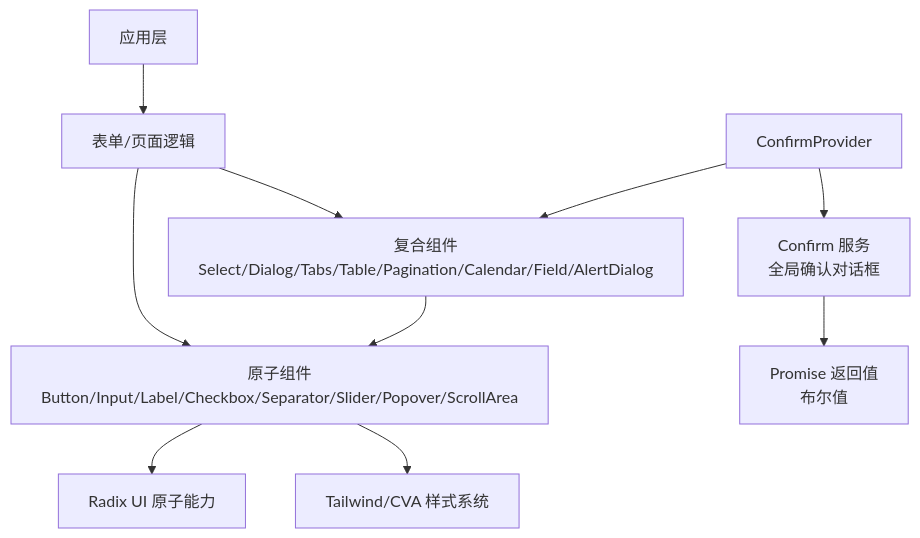
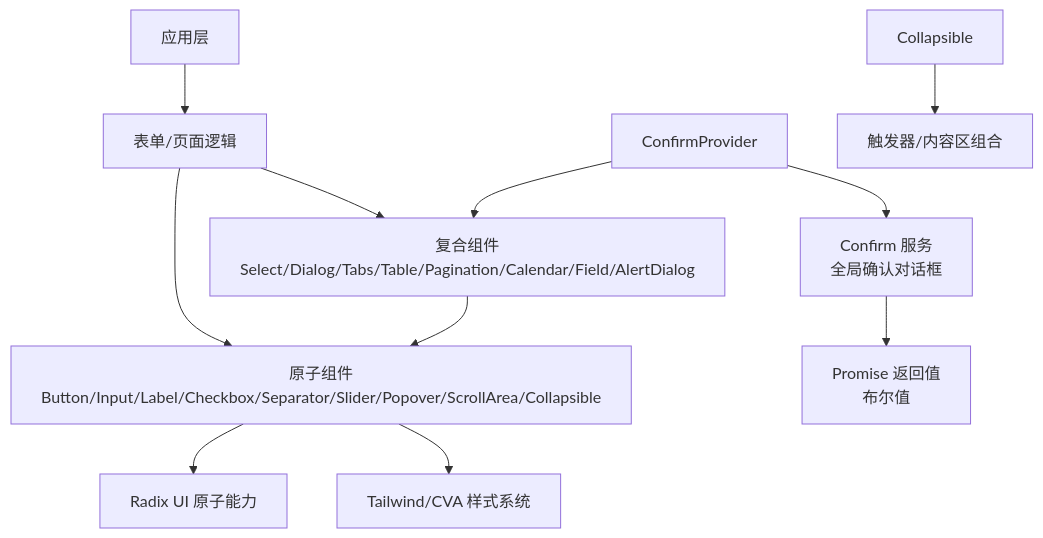
Before and after one commit to RadiumAg/AIGate: the second of 3 diagrams in .qoder/repowiki/zh/content/前端组件/UI 组件库.md, drawn with Mermaid. The commit also changed other lines of this file and 13 other files, not shown here.

````diff
--- a/.qoder/repowiki/zh/content/前端组件/UI 组件库.md
+++ b/.qoder/repowiki/zh/content/前端组件/UI 组件库.md
@@ -200,12 +206,13 @@
 ```mermaid
 graph TB
 A["应用层"] --> B["表单/页面逻辑"]
 B --> C["复合组件<br/>Select/Dialog/Tabs/Table/Pagination/Calendar/Field/AlertDialog"]
-B --> D["原子组件<br/>Button/Input/Label/Checkbox/Separator/Slider/Popover/ScrollArea"]
+B --> D["原子组件<br/>Button/Input/Label/Checkbox/Separator/Slider/Popover/ScrollArea/Collapsible"]
 C --> D
 D --> E["Radix UI 原子能力"]
 D --> F["Tailwind/CVA 样式系统"]
 G["ConfirmProvider"] --> C
 G --> H["Confirm 服务<br/>全局确认对话框"]
 H --> I["Promise 返回值<br/>布尔值"]
+J["Collapsible"] --> K["触发器/内容区组合"]
 ```
````
